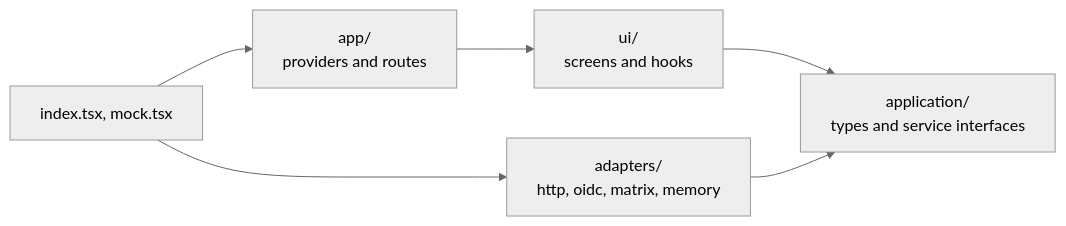
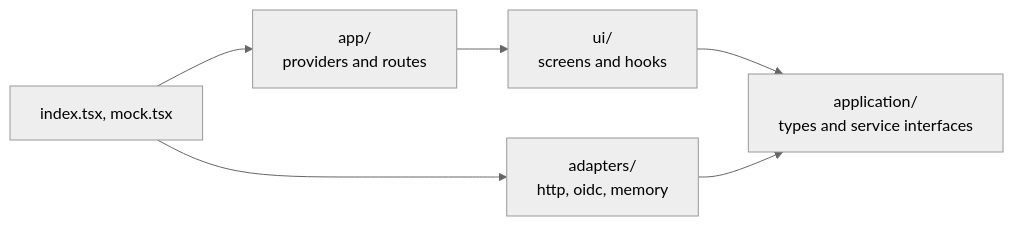
Before and after one commit to linagora/twake-space: the diagram in docs/frontend-dev.md, drawn with Mermaid (neutral theme). The commit also changed other lines of this file, not shown here.

````diff
--- a/docs/frontend-dev.md
+++ b/docs/frontend-dev.md
@@ -37,8 +37,8 @@
 ```mermaid
 flowchart LR
   ui["ui/<br>screens and hooks"] --> application["application/<br>types and service interfaces"]
-  adapters["adapters/<br>http, oidc, matrix, memory"] --> application
+  adapters["adapters/<br>http, oidc, memory"] --> application
   app["app/<br>providers and routes"] --> ui
   roots["index.tsx, mock.tsx"] --> app
   roots --> adapters
 ```
````
